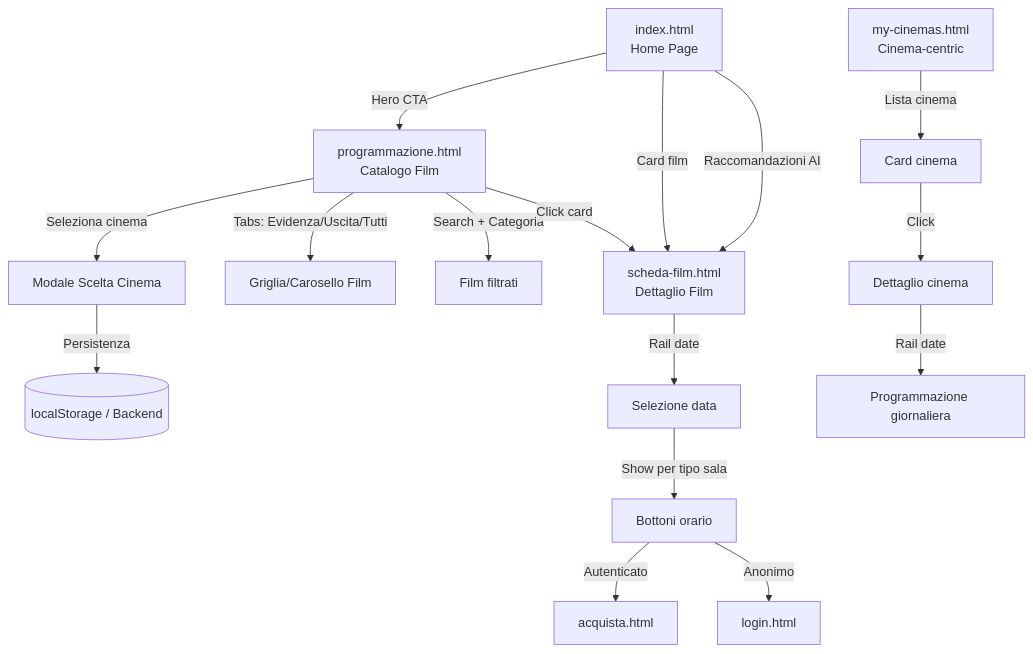
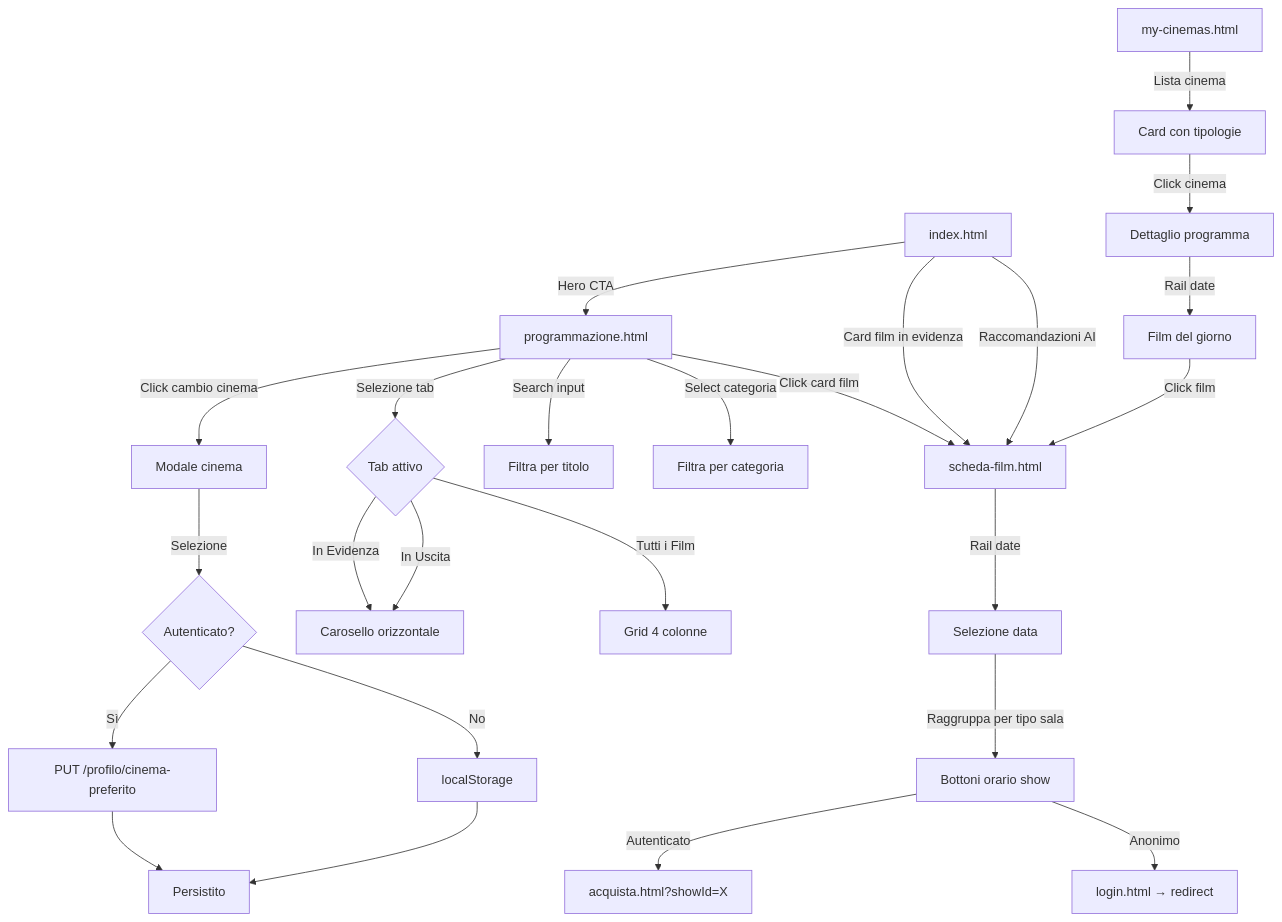
Before and after one commit to RizzoThomas/esercizioopencodefilm: the first of 3 diagrams in film-app-dev_iteration_4/presentazione/04-programmazione.md, drawn with Mermaid. The commit also changed other lines of this file and 10 other files, not shown here.

Commit message:
docs: enhance presentazione with tables, pie charts, and detailed workflows

````diff
--- a/film-app-dev_iteration_4/presentazione/04-programmazione.md
+++ b/film-app-dev_iteration_4/presentazione/04-programmazione.md
@@ -22,21 +22,31 @@
 ```mermaid
 flowchart TD
-    HOME[index.html<br/>Home Page] -->|Hero CTA| PROG
-    HOME -->|Card film| SCHED
+    HOME[index.html] -->|Hero CTA| PROG
+    HOME -->|Card film in evidenza| SCHED
     HOME -->|Raccomandazioni AI| SCHED
 
-    PROG[programmazione.html<br/>Catalogo Film] -->|Seleziona cinema| MODAL[Modale Scelta Cinema]
-    MODAL -->|Persistenza| LS[(localStorage / Backend)]
-    PROG -->|Tabs: Evidenza/Uscita/Tutti| FILMS[Griglia/Carosello Film]
-    PROG -->|Search + Categoria| FILTRATI[Film filtrati]
-    PROG -->|Click card| SCHED
+    PROG[programmazione.html] -->|Click cambio cinema| MODAL
+    PROG -->|Selezione tab| TABS{Tab attivo}
+    TABS -->|In Evidenza| CAR[Carosello orizzontale]
+    TABS -->|In Uscita| CAR
+    TABS -->|Tutti i Film| GRID[Grid 4 colonne]
+    PROG -->|Search input| FILT[Filtra per titolo]
+    PROG -->|Select categoria| FILT2[Filtra per categoria]
+    PROG -->|Click card film| SCHED
 
-    SCHED[scheda-film.html<br/>Dettaglio Film] -->|Rail date| DATE[Selezione data]
-    DATE -->|Show per tipo sala| ORARI[Bottoni orario]
-    ORARI -->|Autenticato| ACQ[acquista.html]
-    ORARI -->|Anonimo| LOGIN[login.html]
+    MODAL[Modale cinema] -->|Selezione| CIN{Autenticato?}
+    CIN -->|Sì| PUT[PUT /profilo/cinema-preferito]
+    CIN -->|No| LS[localStorage]
+    PUT --> PERSIST[Persistito]
+    LS --> PERSIST
 
-    MYC[my-cinemas.html<br/>Cinema-centric] -->|Lista cinema| CARD[Card cinema]
-    CARD -->|Click| DETT[Dettaglio cinema]
-    DETT -->|Rail date| PROG_DAY[Programmazione giornaliera]
+    SCHED[scheda-film.html] -->|Rail date| DATE[Selezione data]
+    DATE -->|Raggruppa per tipo sala| ORARI[Bottoni orario show]
+    ORARI -->|Autenticato| ACQ[acquista.html?showId=X]
+    ORARI -->|Anonimo| LOGIN[login.html → redirect]
+
+    MYC[my-cinemas.html] -->|Lista cinema| LISTA[Card con tipologie]
+    LISTA -->|Click cinema| DETT[Dettaglio programma]
+    DETT -->|Rail date| GIORNO[Film del giorno]
+    GIORNO -->|Click film| SCHED
 ```
````
